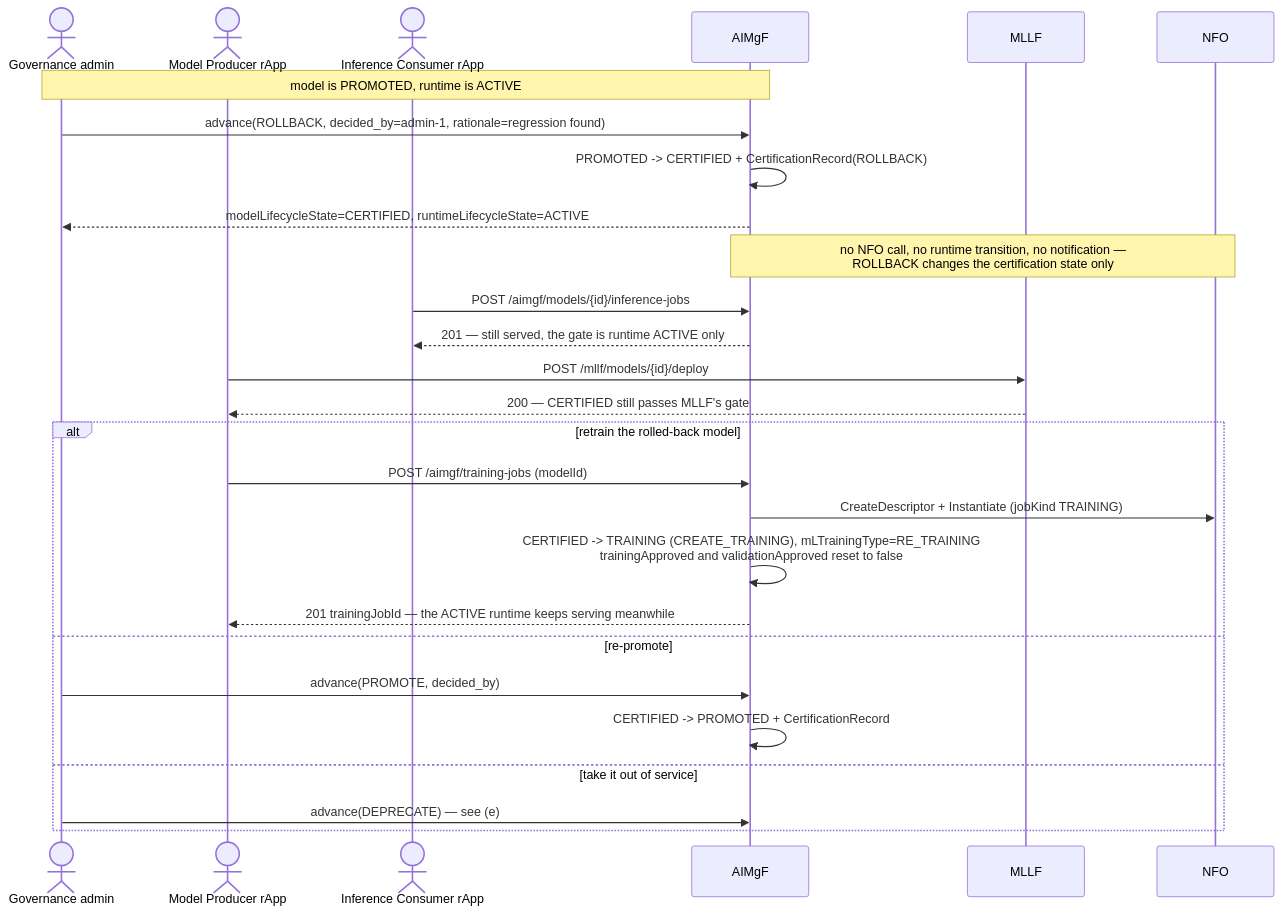
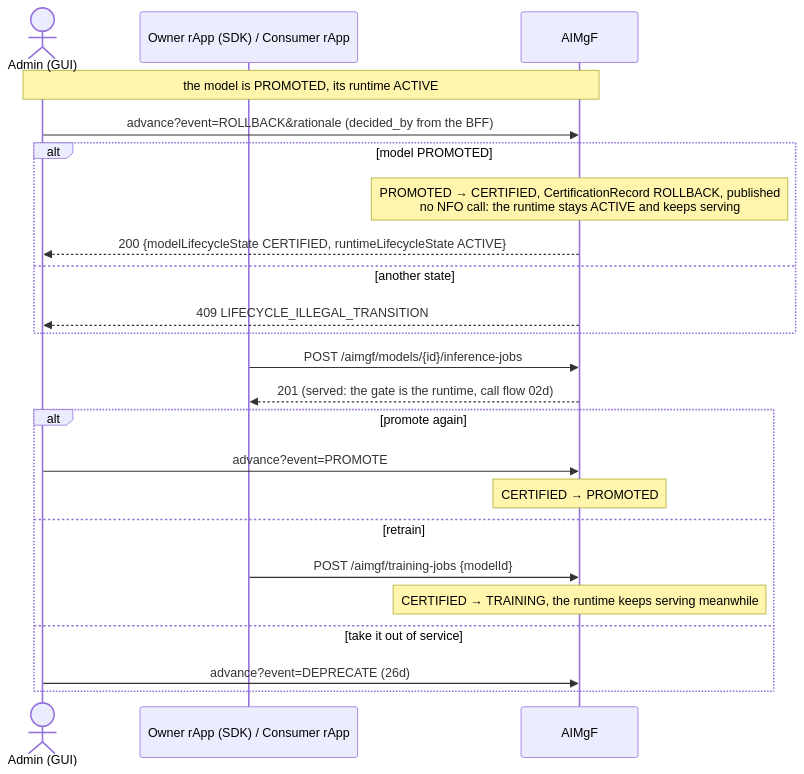
The third of 5 diagrams in smo/docs/call-flows/26-model-governance-and-end-of-life.md (rsys-bshankar/ai-ran-smo), drawn with Mermaid before and after one commit. The commit also changed other lines of this file and 27 other files, not shown here.

First line of the commit message:
Call flow 26 rewritten: decider recorded, model lifecycle events, serving model not deletable (DOC-CF-1.7)

````diff
--- a/smo/docs/call-flows/26-model-governance-and-end-of-life.md
+++ b/smo/docs/call-flows/26-model-governance-and-end-of-life.md
@@ -159,32 +123,28 @@
 ```mermaid
 sequenceDiagram
-    actor Admin as Governance admin
-    actor Producer as Model Producer rApp
-    actor Consumer as Inference Consumer rApp
-    participant AIMgF as AIMgF
-    participant MLLF as MLLF
-    participant NFO as NFO
+    actor Ad as Admin (GUI)
+    participant R as Owner rApp (SDK) / Consumer rApp
+    participant AIM as AIMgF
 
-    Note over Admin,AIMgF: model is PROMOTED, runtime is ACTIVE
-    Admin->>AIMgF: advance(ROLLBACK, decided_by=admin-1, rationale=regression found)
-    AIMgF->>AIMgF: PROMOTED -> CERTIFIED + CertificationRecord(ROLLBACK)
-    AIMgF-->>Admin: modelLifecycleState=CERTIFIED, runtimeLifecycleState=ACTIVE
-    Note over AIMgF,NFO: no NFO call, no runtime transition, no notification —<br/>ROLLBACK changes the certification state only
+    Note over Ad,AIM: the model is PROMOTED, its runtime ACTIVE
+    Ad->>AIM: advance?event=ROLLBACK&rationale (decided_by from the BFF)
+    alt model PROMOTED
+        Note over AIM: PROMOTED → CERTIFIED, CertificationRecord ROLLBACK, published<br/>no NFO call: the runtime stays ACTIVE and keeps serving
+        AIM-->>Ad: 200 {modelLifecycleState CERTIFIED, runtimeLifecycleState ACTIVE}
+    else another state
+        AIM-->>Ad: 409 LIFECYCLE_ILLEGAL_TRANSITION
+    end
 
-    Consumer->>AIMgF: POST /aimgf/models/{id}/inference-jobs
-    AIMgF-->>Consumer: 201 — still served, the gate is runtime ACTIVE only
-    Producer->>MLLF: POST /mllf/models/{id}/deploy
-    MLLF-->>Producer: 200 — CERTIFIED still passes MLLF's gate
+    R->>AIM: POST /aimgf/models/{id}/inference-jobs
+    AIM-->>R: 201 (served: the gate is the runtime, call flow 02d)
 
-    alt retrain the rolled-back model
-        Producer->>AIMgF: POST /aimgf/training-jobs (modelId)
-        AIMgF->>NFO: CreateDescriptor + Instantiate (jobKind TRAINING)
-        AIMgF->>AIMgF: CERTIFIED -> TRAINING (CREATE_TRAINING), mLTrainingType=RE_TRAINING<br/>trainingApproved and validationApproved reset to false
-        AIMgF-->>Producer: 201 trainingJobId — the ACTIVE runtime keeps serving meanwhile
-    else re-promote
-        Admin->>AIMgF: advance(PROMOTE, decided_by)
-        AIMgF->>AIMgF: CERTIFIED -> PROMOTED + CertificationRecord
+    alt promote again
+        Ad->>AIM: advance?event=PROMOTE
+        Note over AIM: CERTIFIED → PROMOTED
+    else retrain
+        R->>AIM: POST /aimgf/training-jobs {modelId}
+        Note over AIM: CERTIFIED → TRAINING, the runtime keeps serving meanwhile
     else take it out of service
-        Admin->>AIMgF: advance(DEPRECATE) — see (e)
+        Ad->>AIM: advance?event=DEPRECATE (26d)
     end
 ```
````
